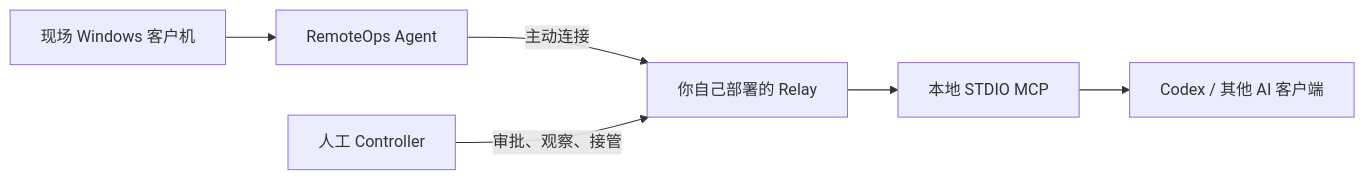
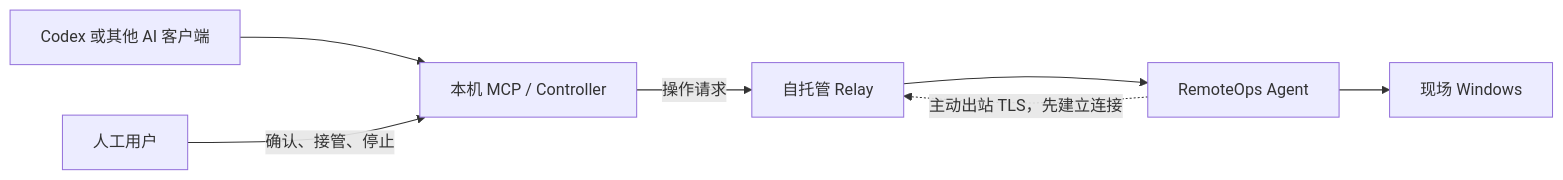
Before and after one commit to schneelolz/RemoteOps: the diagram in README.md, drawn with Mermaid. The commit also changed other lines of this file and 14 other files, not shown here.

````diff
--- a/README.md
+++ b/README.md
@@ -32,8 +26,9 @@
 ```mermaid
 flowchart LR
-    Field["现场 Windows 客户机"] --> Agent["RemoteOps Agent"]
-    Agent -->|"主动连接"| Relay["你自己部署的 Relay"]
-    Relay --> MCP["本地 STDIO MCP"]
-    MCP --> AI["Codex / 其他 AI 客户端"]
-    Human["人工 Controller"] -->|"审批、观察、接管"| Relay
+    AI[Codex 或其他 AI 客户端] --> MCP[本机 MCP / Controller]
+    MCP -->|操作请求| Relay[自托管 Relay]
+    Relay --> Agent[RemoteOps Agent]
+    Agent --> Field[现场 Windows]
+    Agent -.->|主动出站 TLS，先建立连接| Relay
+    Human[人工用户] -->|确认、接管、停止| MCP
 ```
````
